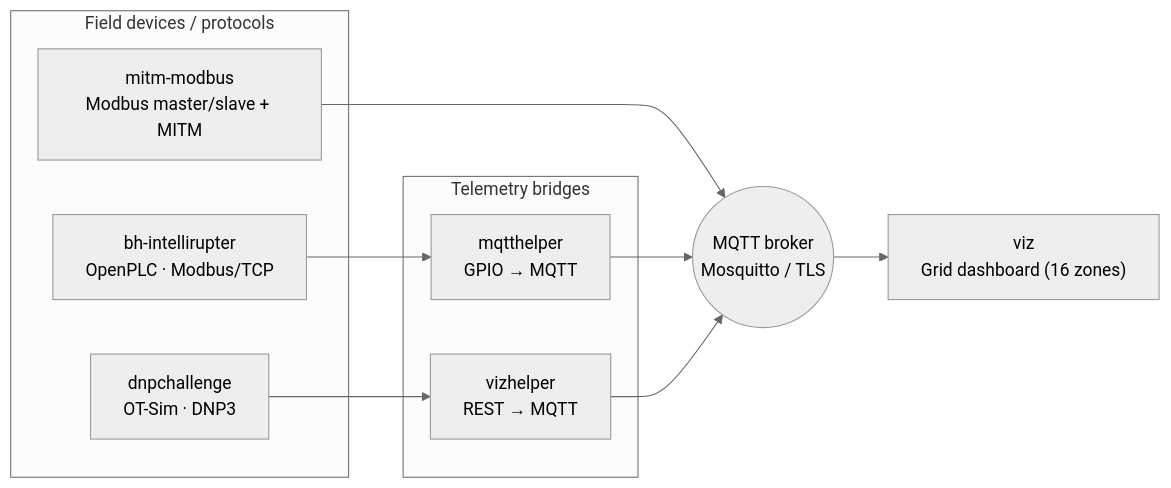
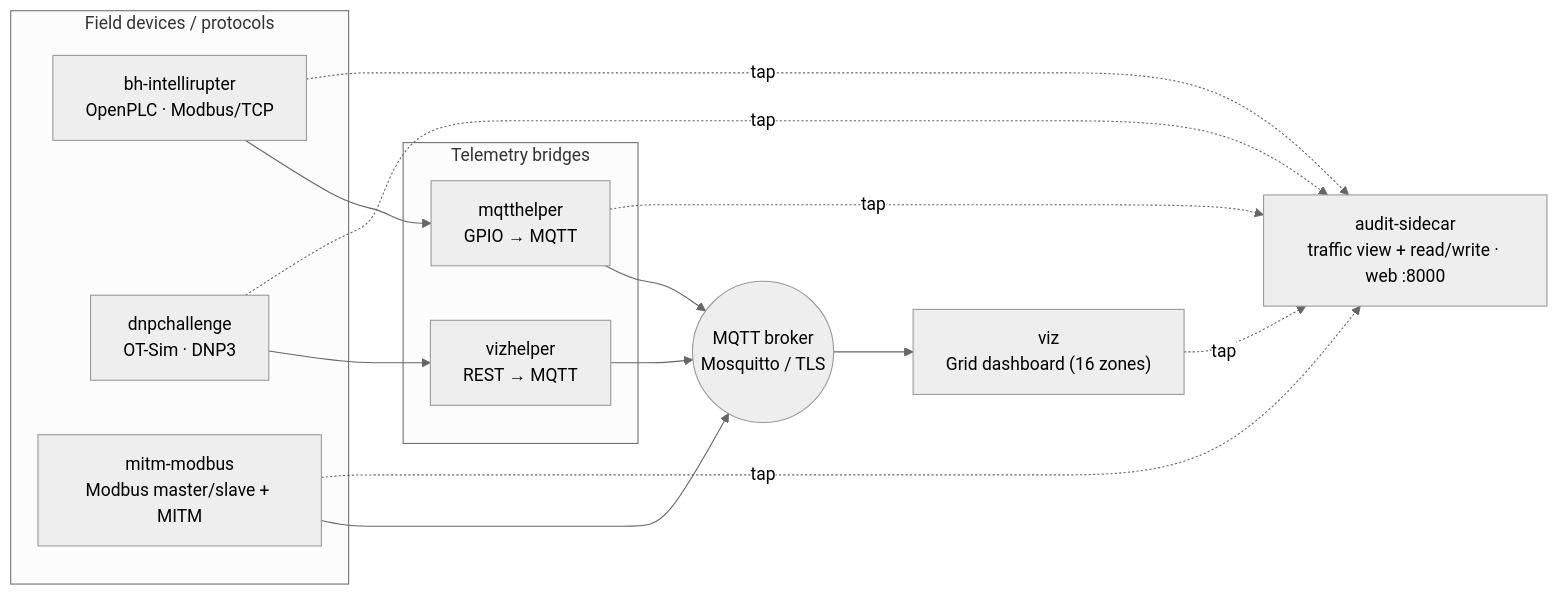
One commit to ahasandk-nlr/ICS-Village-WindChallenge changed the diagram in README.md. Above: the diagram before and after it, drawn with Mermaid (neutral theme). The commit also changed other lines of this file, not shown here.

````diff
--- a/README.md
+++ b/README.md
@@ -24,23 +24,31 @@
 ```mermaid
 flowchart LR
     subgraph Field["Field devices / protocols"]
         BH["bh-intellirupter\nOpenPLC · Modbus/TCP"]
         DNP["dnpchallenge\nOT-Sim · DNP3"]
         MITM["mitm-modbus\nModbus master/slave + MITM"]
     end
 
     subgraph Bridge["Telemetry bridges"]
         MQH["mqtthelper\nGPIO → MQTT"]
         VH["vizhelper\nREST → MQTT"]
     end
 
     Broker(("MQTT broker\nMosquitto / TLS"))
     VIZ["viz\nGrid dashboard (16 zones)"]
 
+    AUDIT["audit-sidecar\ntraffic view + read/write · web :8000"]
+
     BH --> MQH
     DNP --> VH
     MITM --> Broker
     MQH --> Broker
     VH --> Broker
     Broker --> VIZ
+
+    BH -. tap .-> AUDIT
+    DNP -. tap .-> AUDIT
+    MITM -. tap .-> AUDIT
+    MQH -. tap .-> AUDIT
+    VIZ -. tap .-> AUDIT
 ```
````
